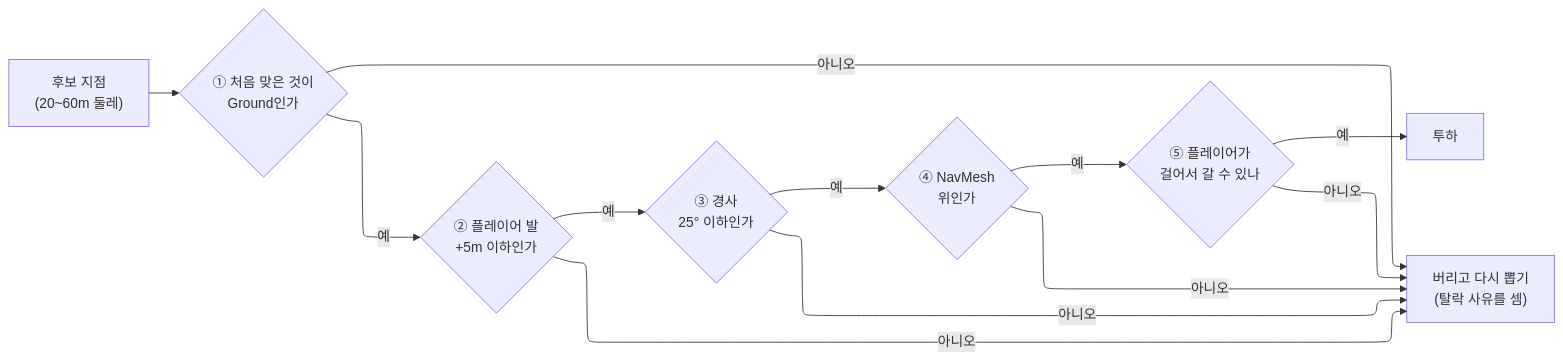
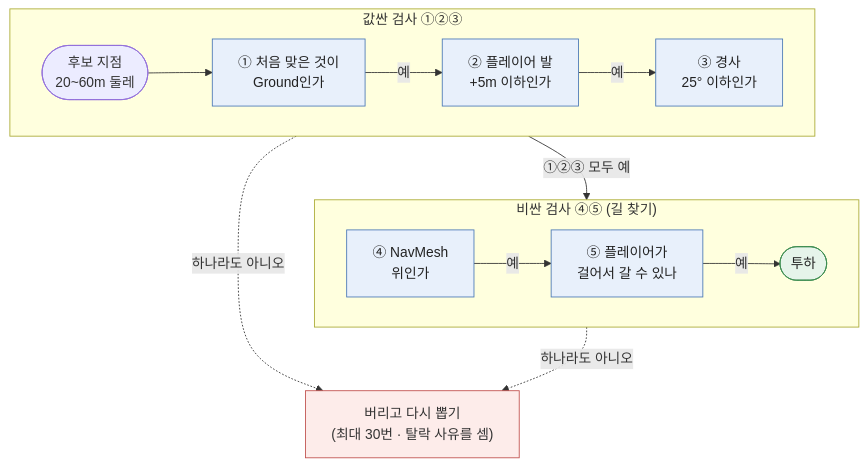
Before and after one commit to pinkshield/portfolio: the sixth of 9 diagrams in src/4-team-even/기술문서.md, drawn with Mermaid. The commit also changed other lines of this file and 3 other files, not shown here.

Commit message:
HIVE PURGE 4-3: 낙하 지점 찾기 그림을 두 줄(값싼 검사 ①②③ / 비싼 검사 ④⑤)로 접음(1770×405 → 982×538, "아니오" 선 5개 → 2개) · 파랑 검사 · 빨강 버림 · 초록 투하 · SupplyDropper.cs 재대조 근거 · 예전 그림은 숨김 주석 · 슬라이드 d-drop-point 지문 TB, 배치는 그림 왼쪽 · 카드 오른쪽(audit 0)

````diff
--- a/src/4-team-even/기술문서.md
+++ b/src/4-team-even/기술문서.md
@@ -382,11 +382,19 @@
 ```mermaid
-%%{init: {"layout": "elk"}}%%
-flowchart LR
-    C["후보 지점<br/>(20~60m 둘레)"] --> K1{"① 처음 맞은 것이<br/>Ground인가"}
-    K1 -->|예| K2{"② 플레이어 발<br/>+5m 이하인가"}
-    K2 -->|예| K3{"③ 경사<br/>25° 이하인가"}
-    K3 -->|예| K4{"④ NavMesh<br/>위인가"}
-    K4 -->|예| K5{"⑤ 플레이어가<br/>걸어서 갈 수 있나"}
-    K5 -->|예| OK["투하"]
-    K1 & K2 & K3 & K4 & K5 -->|아니오| R["버리고 다시 뽑기<br/>(탈락 사유를 셈)"]
+flowchart TB
+    subgraph A["값싼 검사 ①②③"]
+    direction LR
+    C(["후보 지점<br/>20~60m 둘레"]) --> K1["① 처음 맞은 것이<br/>Ground인가"] -->|예| K2["② 플레이어 발<br/>+5m 이하인가"] -->|예| K3["③ 경사<br/>25° 이하인가"]
+    end
+    subgraph B["비싼 검사 ④⑤ (길 찾기)"]
+    direction LR
+    K4["④ NavMesh<br/>위인가"] -->|예| K5["⑤ 플레이어가<br/>걸어서 갈 수 있나"] -->|예| OK(["투하"])
+    end
+    A -->|"①②③ 모두 예"| B
+    A & B -.->|"하나라도 아니오"| R["버리고 다시 뽑기<br/>(최대 30번 · 탈락 사유를 셈)"]
+    classDef chk fill:#e8f0fb,stroke:#4a78b5,color:#222
+    classDef out fill:#fdecea,stroke:#c0504d,color:#333
+    classDef ok fill:#e6f4ea,stroke:#3c8c50,color:#222
+    class K1,K2,K3,K4,K5 chk
+    class R out
+    class OK ok
 ```
````
